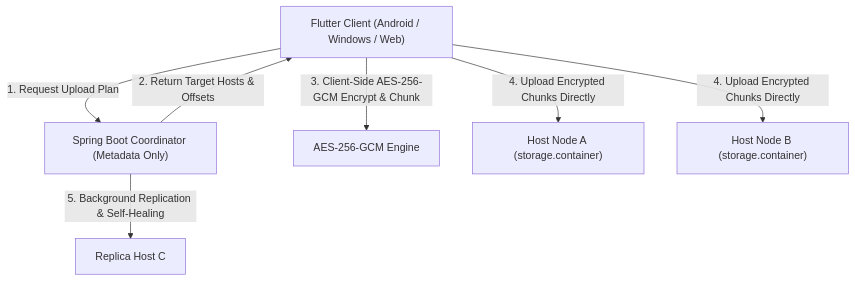
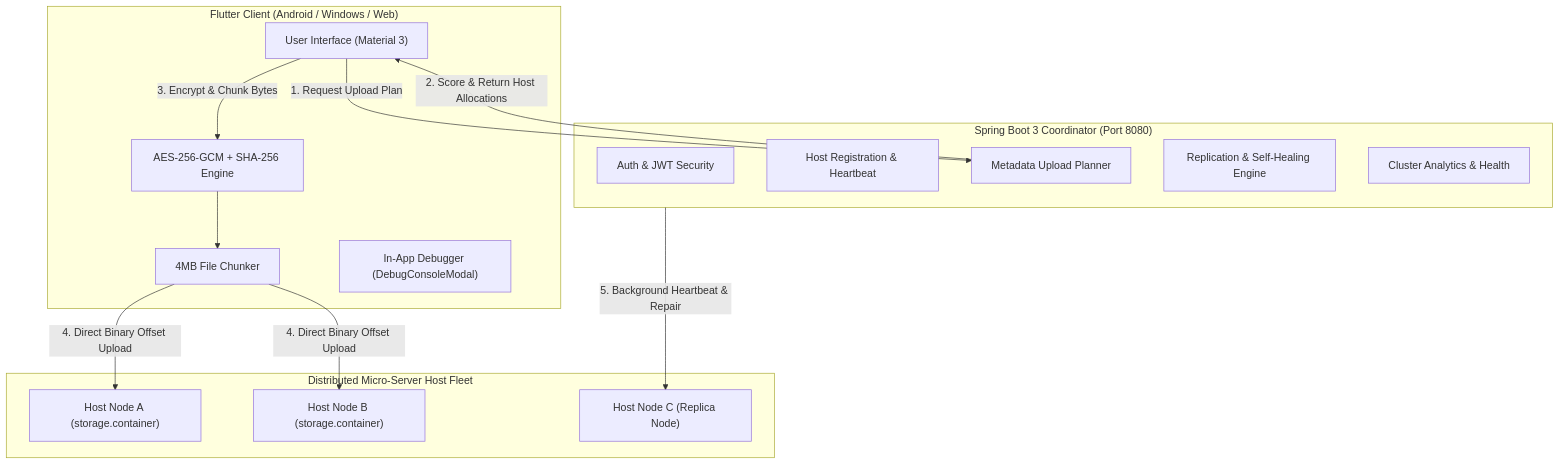
Before and after one commit to ashokpsgitech/Neurovault: the diagram in README.md, drawn with Mermaid. The commit also changed other lines of this file, not shown here.

Commit message:
docs: update README.md with comprehensive project architecture, features, API specs, and E2E workflow guide

````diff
--- a/README.md
+++ b/README.md
@@ -9,9 +58,31 @@
 ```mermaid
 graph TD
-    Client["Flutter Client (Android / Windows / Web)"] -->|1. Request Upload Plan| Coordinator["Spring Boot Coordinator (Metadata Only)"]
-    Coordinator -->|2. Return Target Hosts & Offsets| Client
-    Client -->|3. Client-Side AES-256-GCM Encrypt & Chunk| EncryptEngine["AES-256-GCM Engine"]
-    Client -->|4. Upload Encrypted Chunks Directly| HostA["Host Node A (storage.container)"]
-    Client -->|4. Upload Encrypted Chunks Directly| HostB["Host Node B (storage.container)"]
-    Coordinator -->|5. Background Replication & Self-Healing| HostC["Replica Host C"]
+    subgraph Client ["Flutter Client (Android / Windows / Web)"]
+        UI["User Interface (Material 3)"]
+        Crypto["AES-256-GCM + SHA-256 Engine"]
+        Chunker["4MB File Chunker"]
+        InAppLogger["In-App Debugger (DebugConsoleModal)"]
+    end
+
+    subgraph Coordinator ["Spring Boot 3 Coordinator (Port 8080)"]
+        AuthService["Auth & JWT Security"]
+        HostService["Host Registration & Heartbeat"]
+        UploadPlanner["Metadata Upload Planner"]
+        SelfHealing["Replication & Self-Healing Engine"]
+        ClusterAnalytics["Cluster Analytics & Health"]
+    end
+
+    subgraph StorageHosts ["Distributed Micro-Server Host Fleet"]
+        HostA["Host Node A (storage.container)"]
+        HostB["Host Node B (storage.container)"]
+        HostC["Host Node C (Replica Node)"]
+    end
+
+    UI -->|1. Request Upload Plan| UploadPlanner
+    UploadPlanner -->|2. Score & Return Host Allocations| UI
+    UI -->|3. Encrypt & Chunk Bytes| Crypto
+    Crypto --> Chunker
+    Chunker -->|4. Direct Binary Offset Upload| HostA
+    Chunker -->|4. Direct Binary Offset Upload| HostB
+    Coordinator -->|5. Background Heartbeat & Repair| HostC
 ```
````
